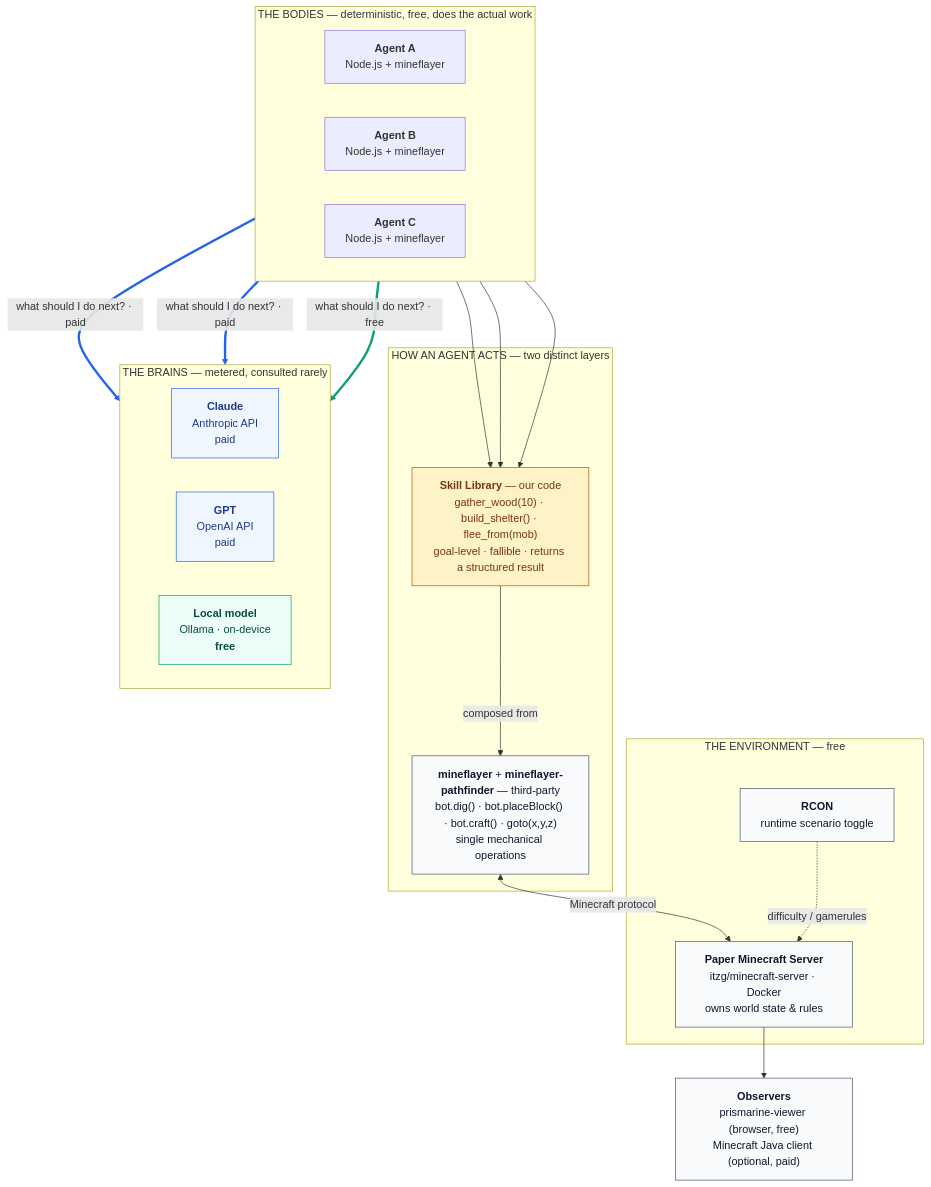
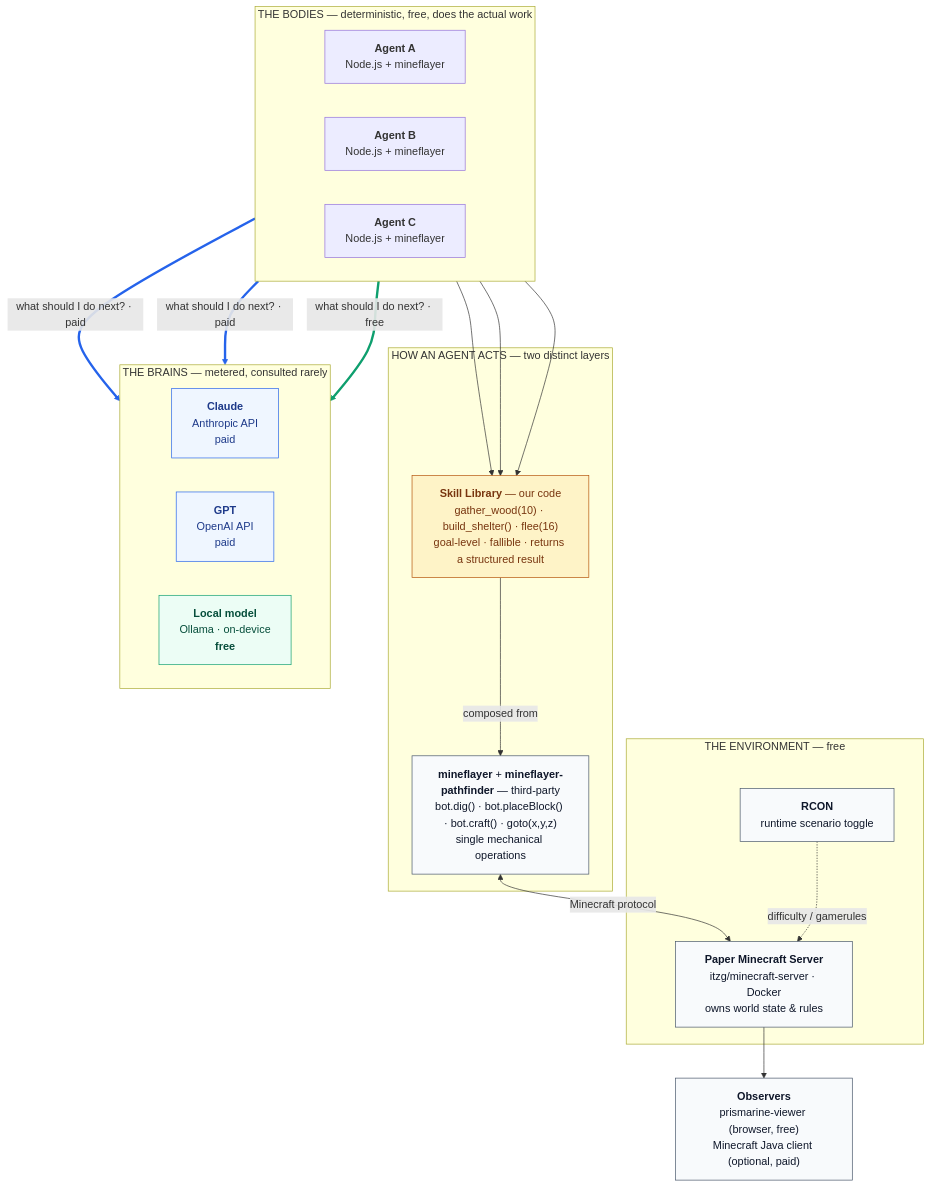
Before and after one commit to RaymanRJ/multi-agent-experimentation: the second of 2 diagrams in README.md, drawn with Mermaid. The commit also changed other lines of this file and 5 other files, not shown here.

````diff
--- a/README.md
+++ b/README.md
@@ -356,56 +362,56 @@
 ```mermaid
 flowchart TB
     subgraph WORLD["THE ENVIRONMENT — free"]
         PAPER["<b>Paper Minecraft Server</b><br/>itzg/minecraft-server · Docker<br/>owns world state &amp; rules"]
         RCON["<b>RCON</b><br/>runtime scenario toggle"]
     end
 
     subgraph BODIES["THE BODIES — deterministic, free, does the actual work"]
         direction LR
         A["<b>Agent A</b><br/>Node.js + mineflayer"]
         B["<b>Agent B</b><br/>Node.js + mineflayer"]
         C["<b>Agent C</b><br/>Node.js + mineflayer"]
     end
 
     subgraph ACTION["HOW AN AGENT ACTS — two distinct layers"]
-        SKILLS["<b>Skill Library</b> — our code<br/>gather_wood(10) · build_shelter() · flee_from(mob)<br/>goal-level · fallible · returns a structured result"]
+        SKILLS["<b>Skill Library</b> — our code<br/>gather_wood(10) · build_shelter() · flee(16)<br/>goal-level · fallible · returns a structured result"]
         MF["<b>mineflayer</b> + <b>mineflayer-pathfinder</b> — third-party<br/>bot.dig() · bot.placeBlock() · bot.craft() · goto(x,y,z)<br/>single mechanical operations"]
         SKILLS -->|"composed from"| MF
     end
 
     subgraph BRAINS["THE BRAINS — metered, consulted rarely"]
         direction LR
         CLAUDE["<b>Claude</b><br/>Anthropic API<br/>paid"]
         GPT["<b>GPT</b><br/>OpenAI API<br/>paid"]
         LOCAL["<b>Local model</b><br/>Ollama · on-device<br/><b>free</b>"]
     end
 
     VIEW["<b>Observers</b><br/>prismarine-viewer (browser, free)<br/>Minecraft Java client (optional, paid)"]
 
     A --> SKILLS
     B --> SKILLS
     C --> SKILLS
 
     MF <-->|"Minecraft protocol"| PAPER
     RCON -.->|"difficulty / gamerules"| PAPER
 
     A ==>|"what should I do next? · paid"| CLAUDE
     B ==>|"what should I do next? · paid"| GPT
     C ==>|"what should I do next? · free"| LOCAL
 
     PAPER --> VIEW
 
     %% The model calls: thick, paid in blue and free in green. Not dashed: GitHub drew dashes on
     %% some of these lines and not others.
     linkStyle 6,7 stroke:#2563eb
     linkStyle 8 stroke:#0e9f6e
 
     classDef free fill:#ecfdf5,stroke:#0e9f6e,color:#064e3b
     classDef paid fill:#eff6ff,stroke:#2563eb,color:#1e3a8a
     classDef world fill:#f8fafc,stroke:#475569,color:#0f172a
     class LOCAL free
     class CLAUDE,GPT paid
     classDef ours fill:#fef3c7,stroke:#b45309,color:#78350f
     class PAPER,RCON,VIEW,MF world
     class SKILLS ours
 ```
````
